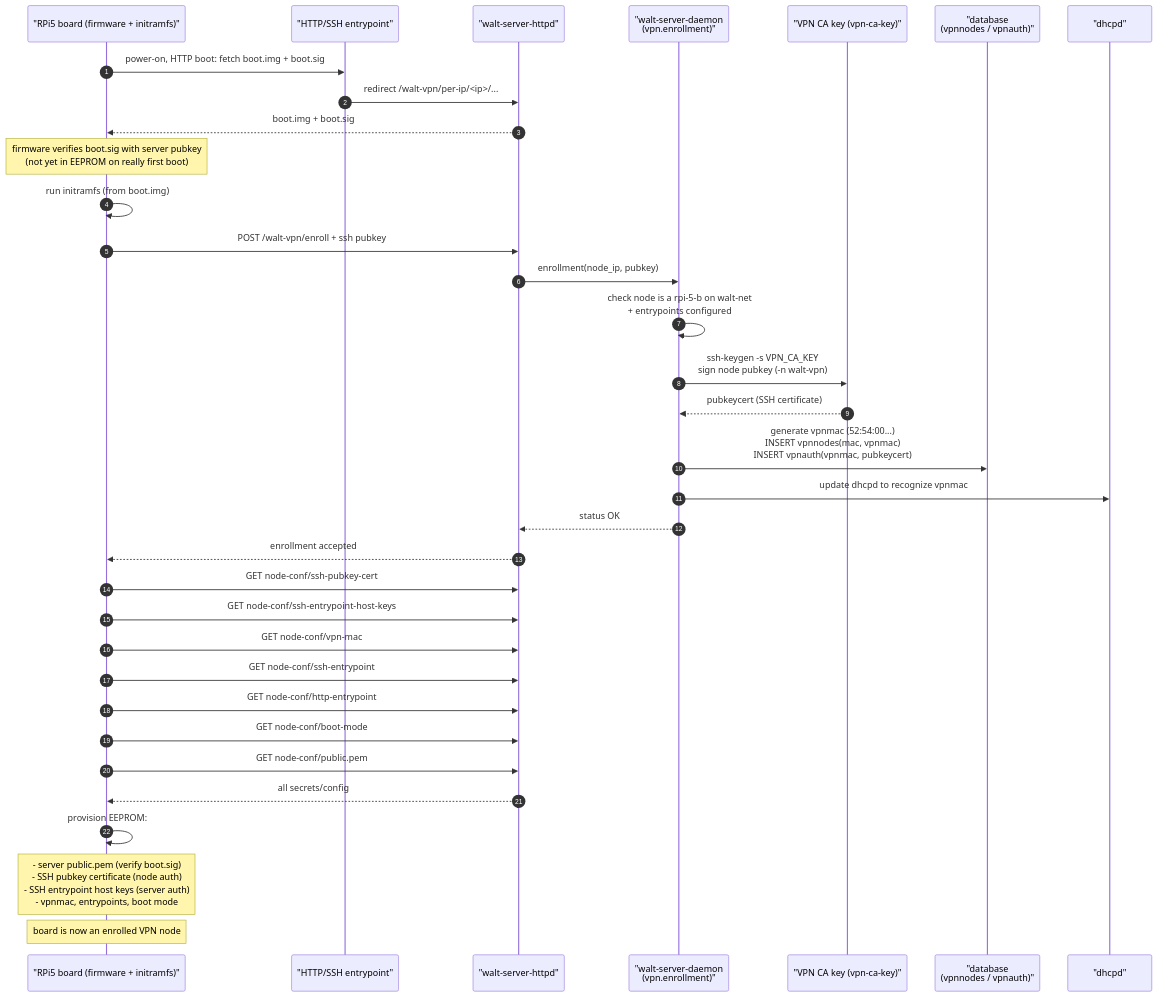
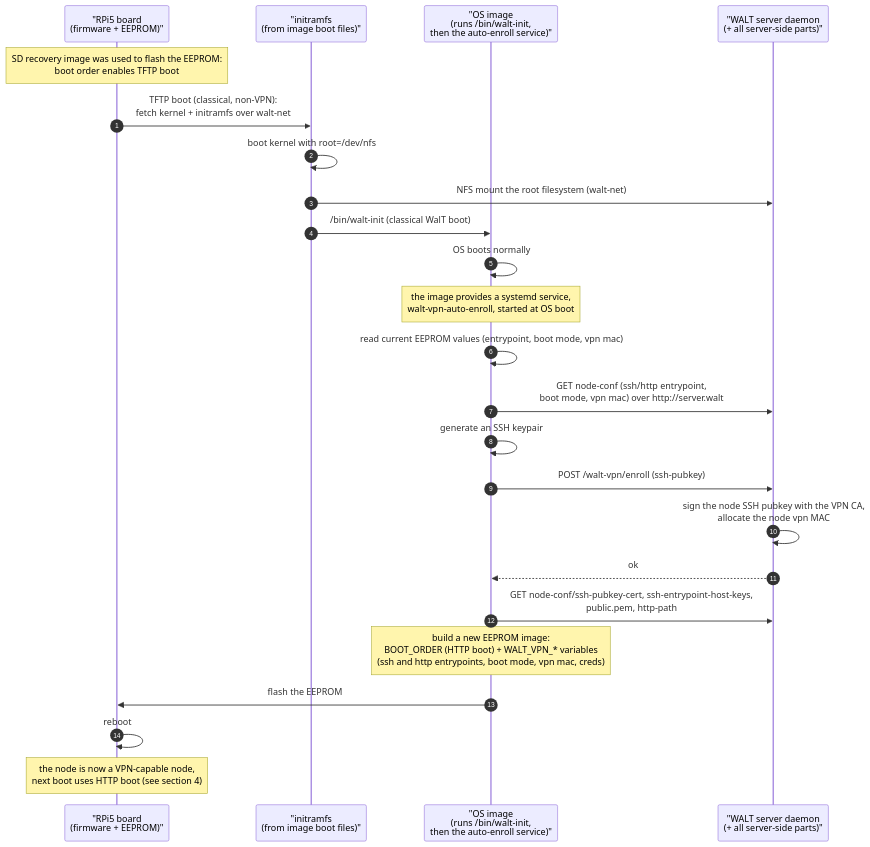
One commit to drakkar-lig/walt-python-packages changed the fourth of 6 diagrams in vpn-boot-diagrams.md. Above: the diagram before and after it, drawn with Mermaid. The commit also changed other lines of this file, not shown here.

Commit message:
wip2 -- vpn-boot-diagrams.md

````diff
--- a/vpn-boot-diagrams.md
+++ b/vpn-boot-diagrams.md
@@ -115,39 +146,28 @@
 ```mermaid
 sequenceDiagram
     autonumber
-    participant R as "RPi5 board (firmware + initramfs)"
-    participant EP as "HTTP/SSH entrypoint"
-    participant HTTP as "walt-server-httpd"
-    participant DAEMON as "walt-server-daemon<br/>(vpn.enrollment)"
-    participant CA as "VPN CA key (vpn-ca-key)"
-    participant DB as "database<br/>(vpnnodes / vpnauth)"
-    participant DHCP as "dhcpd"
+    participant BOARD as "RPi5 board<br/>(firmware + EEPROM)"
+    participant IM as "initramfs<br/>(from image boot files)"
+    participant OS as "OS image<br/>(runs /bin/walt-init,<br/>then the auto-enroll service)"
+    participant S as "WALT server daemon<br/>(+ all server-side parts)"
 
-    R->>EP: power-on, HTTP boot: fetch boot.img + boot.sig
-    EP->>HTTP: redirect /walt-vpn/per-ip/<ip>/...
-    HTTP-->>R: boot.img + boot.sig
-    Note over R: firmware verifies boot.sig with server pubkey<br/>(not yet in EEPROM on really first boot)
-    R->>R: run initramfs (from boot.img)
+    Note over BOARD: SD recovery image was used to flash the EEPROM:<br/>boot order enables TFTP boot
+    BOARD->>IM: TFTP boot (classical, non-VPN):<br/>fetch kernel + initramfs over walt-net
+    IM->>IM: boot kernel with root=/dev/nfs
+    IM->>S: NFS mount the root filesystem (walt-net)
+    IM->>OS: /bin/walt-init (classical WalT boot)
+    OS->>OS: OS boots normally
 
-    R->>HTTP: POST /walt-vpn/enroll + ssh pubkey
-    HTTP->>DAEMON: enrollment(node_ip, pubkey)
-    DAEMON->>DAEMON: check node is a rpi-5-b on walt-net<br/>+ entrypoints configured
-    DAEMON->>CA: ssh-keygen -s VPN_CA_KEY<br/>sign node pubkey (-n walt-vpn)
-    CA-->>DAEMON: pubkeycert (SSH certificate)
-    DAEMON->>DB: generate vpnmac (52:54:00...)<br/>INSERT vpnnodes(mac, vpnmac)<br/>INSERT vpnauth(vpnmac, pubkeycert)
-    DAEMON->>DHCP: update dhcpd to recognize vpnmac
-    DAEMON-->>HTTP: status OK
-    HTTP-->>R: enrollment accepted
-
-    R->>HTTP: GET node-conf/ssh-pubkey-cert
-    R->>HTTP: GET node-conf/ssh-entrypoint-host-keys
-    R->>HTTP: GET node-conf/vpn-mac
-    R->>HTTP: GET node-conf/ssh-entrypoint
-    R->>HTTP: GET node-conf/http-entrypoint
-    R->>HTTP: GET node-conf/boot-mode
-    R->>HTTP: GET node-conf/public.pem
-    HTTP-->>R: all secrets/config
-    R->>R: provision EEPROM:
-    Note over R: - server public.pem (verify boot.sig)<br/>- SSH pubkey certificate (node auth)<br/>- SSH entrypoint host keys (server auth)<br/>- vpnmac, entrypoints, boot mode
-    Note over R: board is now an enrolled VPN node
+    Note over OS: the image provides a systemd service,<br/>walt-vpn-auto-enroll, started at OS boot
+    OS->>OS: read current EEPROM values (entrypoint, boot mode, vpn mac)
+    OS->>S: GET node-conf (ssh/http entrypoint,<br/>boot mode, vpn mac) over http://server.walt
+    OS->>OS: generate an SSH keypair
+    OS->>S: POST /walt-vpn/enroll (ssh-pubkey)
+    S->>S: sign the node SSH pubkey with the VPN CA,<br/>allocate the node vpn MAC
+    S-->>OS: ok
+    OS->>S: GET node-conf/ssh-pubkey-cert, ssh-entrypoint-host-keys,<br/>public.pem, http-path
+    Note over OS: build a new EEPROM image:<br/>BOOT_ORDER (HTTP boot) + WALT_VPN_* variables<br/>(ssh and http entrypoints, boot mode, vpn mac, creds)
+    OS->>BOARD: flash the EEPROM
+    BOARD->>BOARD: reboot
+    Note over BOARD: the node is now a VPN-capable node,<br/>next boot uses HTTP boot (see section 4)
 ```
````
